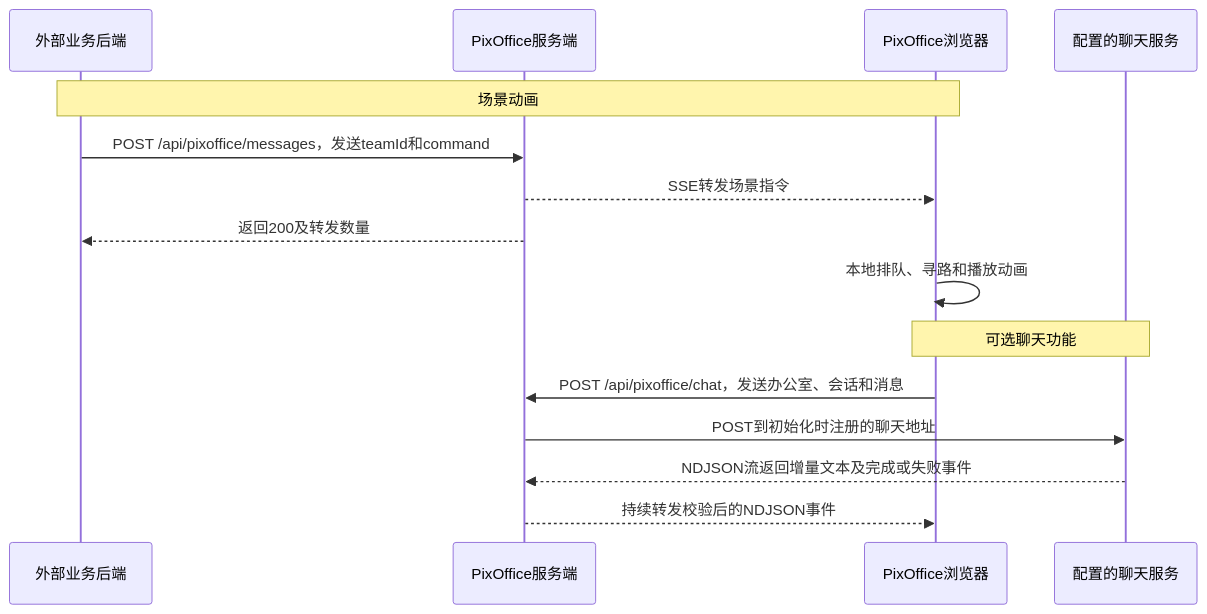
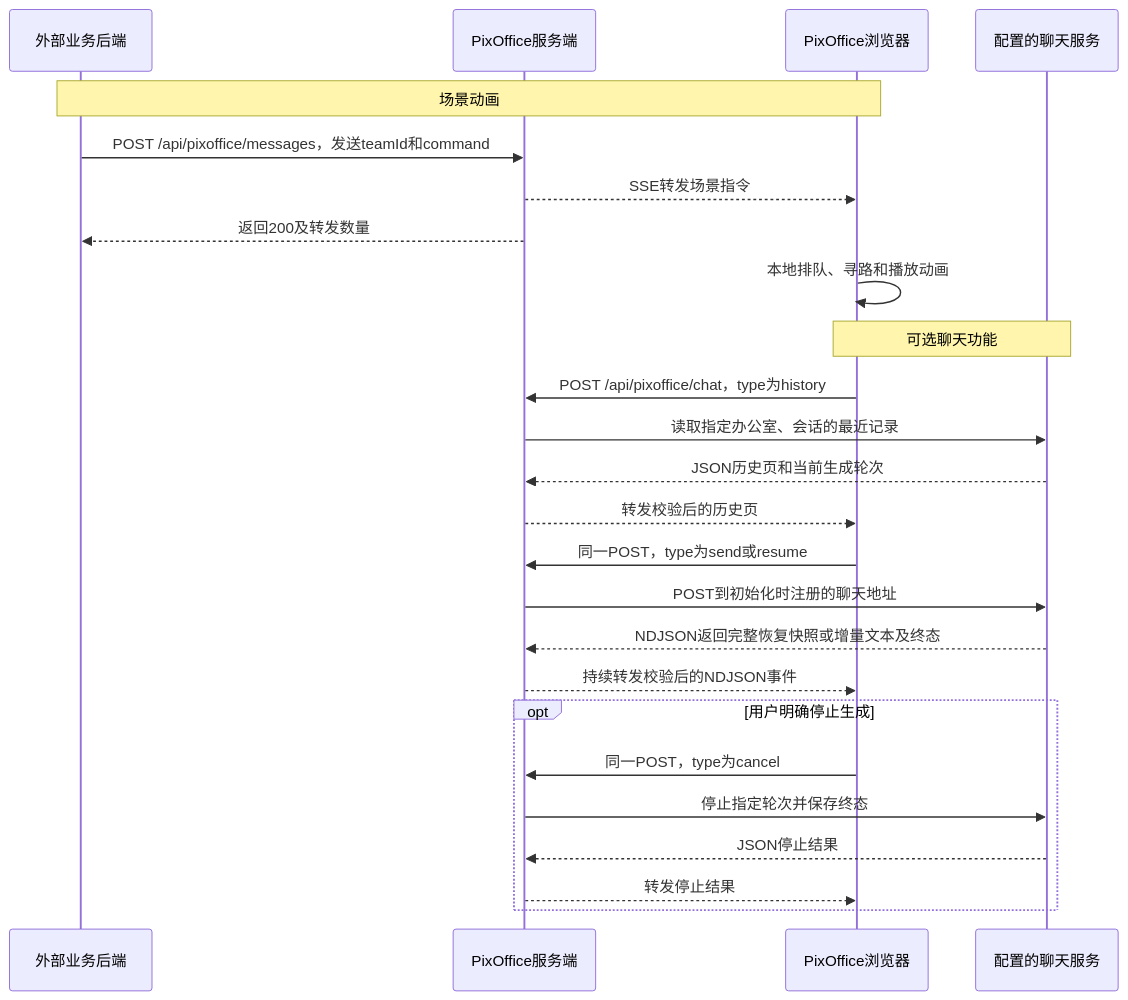
The second of 3 diagrams in integration/docs/office-integration.md (workbzw/pixoffice), drawn with Mermaid before and after one commit. The commit also changed other lines of this file and 60 other files, not shown here.

````diff
--- a/integration/docs/office-integration.md
+++ b/integration/docs/office-integration.md
@@ -83,19 +83,29 @@
 ```mermaid
 sequenceDiagram
     participant E as 外部业务后端
     participant S as PixOffice服务端
     participant B as PixOffice浏览器
     participant C as 配置的聊天服务
 
     Note over E,B: 场景动画
     E->>S: POST /api/pixoffice/messages，发送teamId和command
     S-->>B: SSE转发场景指令
     S-->>E: 返回200及转发数量
     B->>B: 本地排队、寻路和播放动画
 
     Note over B,C: 可选聊天功能
-    B->>S: POST /api/pixoffice/chat，发送办公室、会话和消息
+    B->>S: POST /api/pixoffice/chat，type为history
+    S->>C: 读取指定办公室、会话的最近记录
+    C-->>S: JSON历史页和当前生成轮次
+    S-->>B: 转发校验后的历史页
+    B->>S: 同一POST，type为send或resume
     S->>C: POST到初始化时注册的聊天地址
-    C-->>S: NDJSON流返回增量文本及完成或失败事件
+    C-->>S: NDJSON返回完整恢复快照或增量文本及终态
     S-->>B: 持续转发校验后的NDJSON事件
+    opt 用户明确停止生成
+        B->>S: 同一POST，type为cancel
+        S->>C: 停止指定轮次并保存终态
+        C-->>S: JSON停止结果
+        S-->>B: 转发停止结果
+    end
 ```
````
